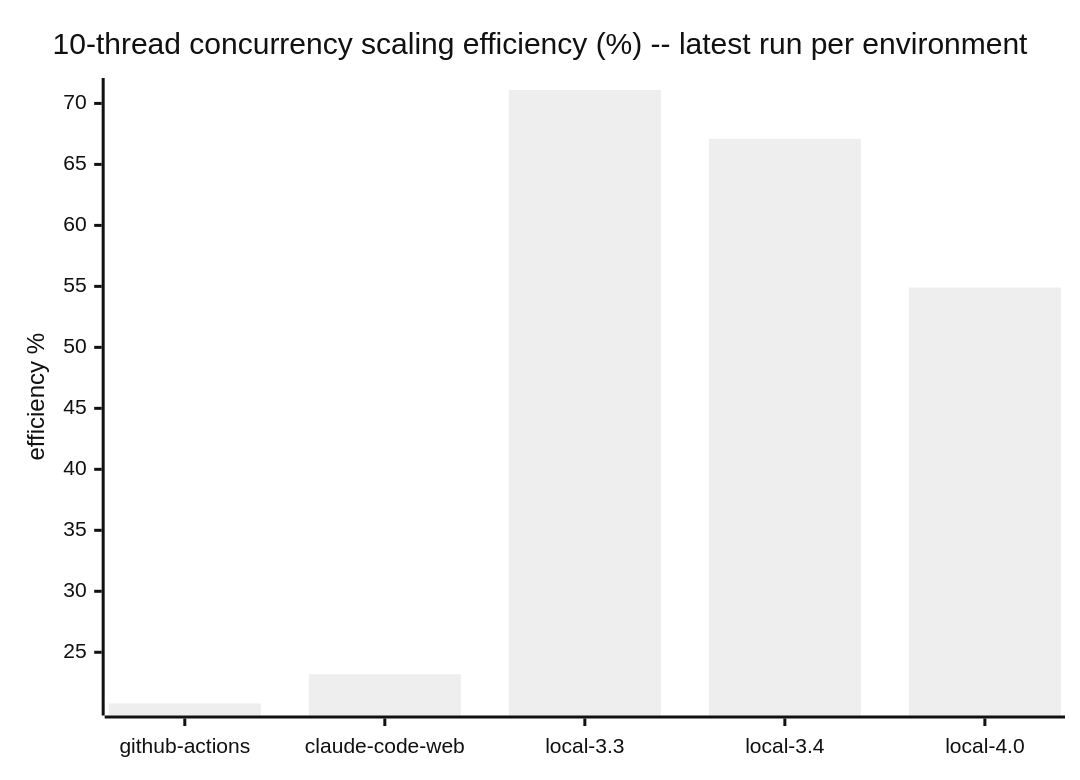
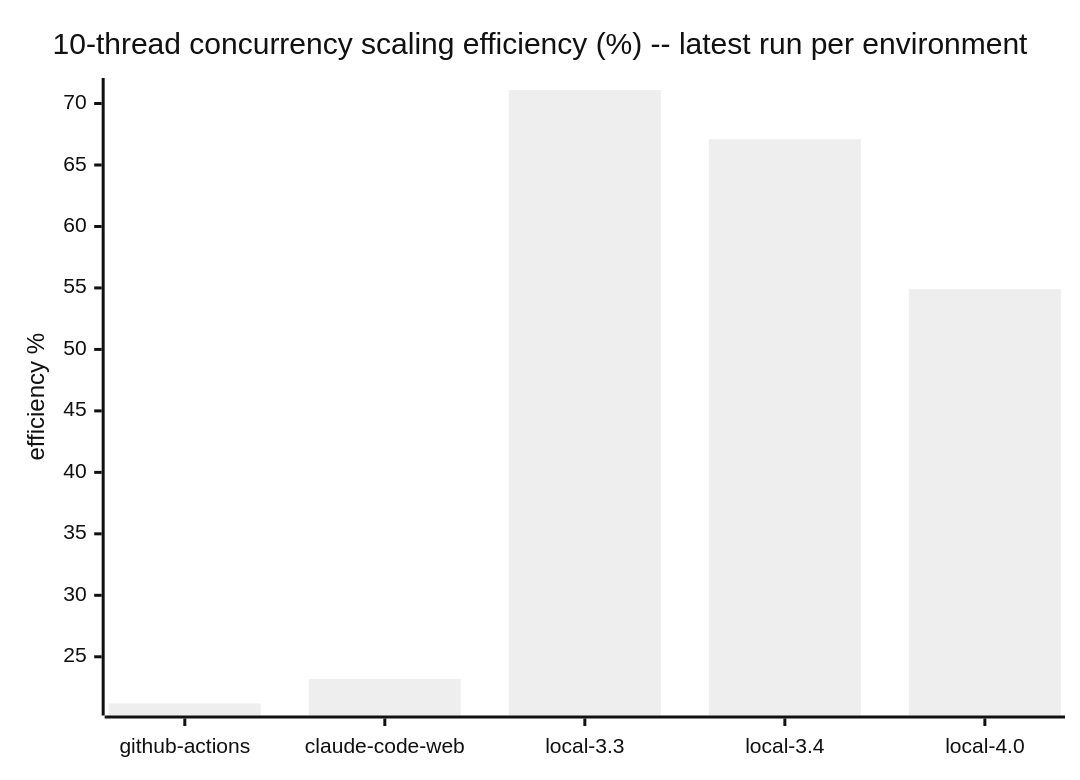
The seventh of 7 diagrams in docs/benchmarks/README.md (cpb/duckling), drawn with Mermaid (neutral theme) before and after one commit. The commit also changed other lines of this file, not shown here.

````diff
--- a/docs/benchmarks/README.md
+++ b/docs/benchmarks/README.md
@@ -223,7 +223,7 @@
 ```mermaid
 xychart-beta
     title "10-thread concurrency scaling efficiency (%) -- latest run per environment"
     x-axis [github-actions, claude-code-web, local-3.3, local-3.4, local-4.0]
     y-axis "efficiency %"
-    bar "efficiency_pct" [20.8, 23.2, 71.1, 67.1, 54.9]
+    bar "efficiency_pct" [21.2, 23.2, 71.1, 67.1, 54.9]
 ```
````
